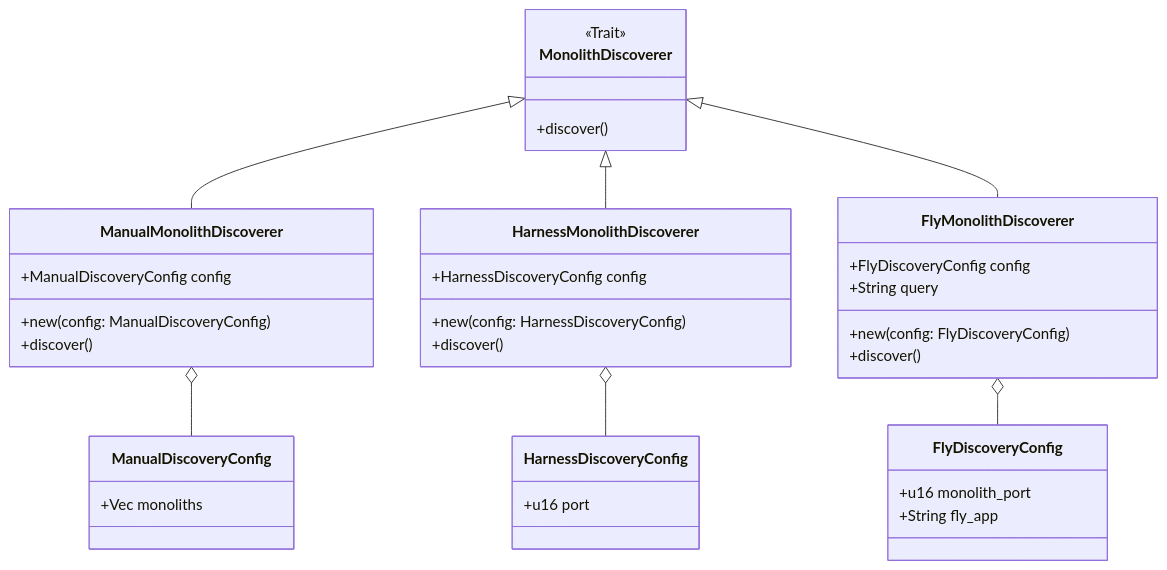
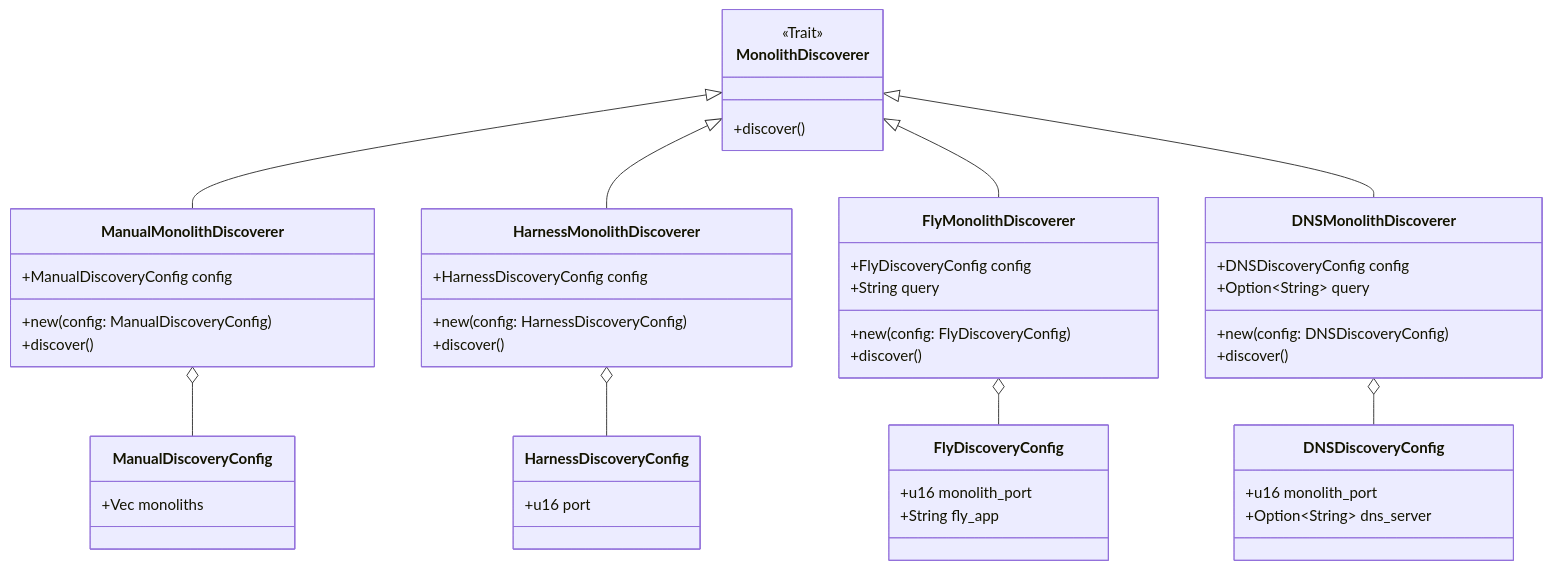
Before and after one commit to dyc3/senior-design: the diagram in figures/monolith-discoverers.mmd, drawn with Mermaid. The commit also changed 2 other files, not shown here.

Commit message:
Adds DNS discovery implementation to class diagram (#253)

```diff
--- a/figures/monolith-discoverers.mmd
+++ b/figures/monolith-discoverers.mmd
@@ -1,35 +1,46 @@
 classDiagram
     direction BT
     class MonolithDiscoverer {
         <<Trait>>
         +discover()
     }
     ManualMonolithDiscoverer --|> MonolithDiscoverer
     HarnessMonolithDiscoverer --|> MonolithDiscoverer
     FlyMonolithDiscoverer --|> MonolithDiscoverer
+    DNSMonolithDiscoverer --|> MonolithDiscoverer
+
+    DNSDiscoveryConfig --o DNSMonolithDiscoverer
+    DNSDiscoveryConfig : +u16 monolith_port
+    DNSDiscoveryConfig : +Option~String~ dns_server
+    class DNSMonolithDiscoverer{
+        +DNSDiscoveryConfig config
+        +Option~String~ query
+        +new(config: DNSDiscoveryConfig)
+        +discover()
+    }
 
     FlyDiscoveryConfig --o FlyMonolithDiscoverer
     FlyDiscoveryConfig : +u16 monolith_port
     FlyDiscoveryConfig : +String fly_app
     class FlyMonolithDiscoverer{
         +FlyDiscoveryConfig config
         +String query
         +new(config: FlyDiscoveryConfig)
         +discover()
     }
 
     ManualDiscoveryConfig --o ManualMonolithDiscoverer
     ManualDiscoveryConfig : +Vec monoliths
     class ManualMonolithDiscoverer{
         +ManualDiscoveryConfig config
         +new(config: ManualDiscoveryConfig)
         +discover()
     }
 
     HarnessDiscoveryConfig --o HarnessMonolithDiscoverer
     HarnessDiscoveryConfig : +u16 port
     class HarnessMonolithDiscoverer{
         +HarnessDiscoveryConfig config
         +new(config: HarnessDiscoveryConfig)
         +discover()
     }
```
